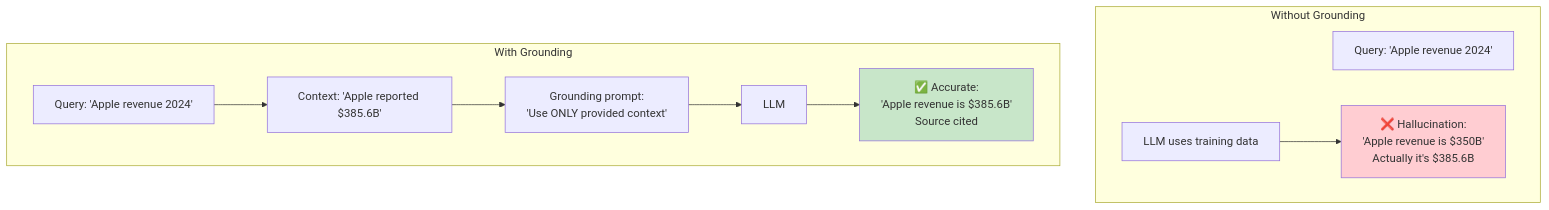
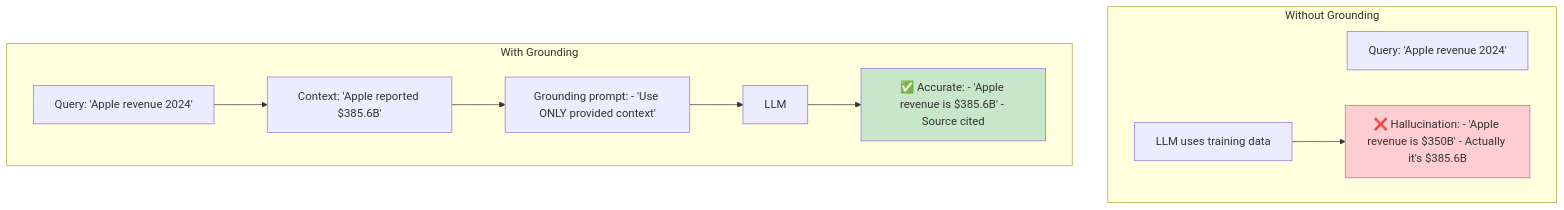
One commit to indhra/llm_rag_sec_findings changed the third of 6 diagrams in docs/learning/06-prompt-engineering.md. Above: the diagram before and after it, drawn with Mermaid. The commit also changed other lines of this file and 9 other files, not shown here.

````diff
--- a/docs/learning/06-prompt-engineering.md
+++ b/docs/learning/06-prompt-engineering.md
@@ -162,21 +162,21 @@
 ```mermaid
 graph TB
     subgraph "Without Grounding"
         Q1[Query: 'Apple revenue 2024']
         L1[LLM uses training data]
-        L1 --> H[❌ Hallucination:<br/>'Apple revenue is $350B'<br/>Actually it's $385.6B]
+        L1 --> H[❌ Hallucination: - 'Apple revenue is $350B' - Actually it's $385.6B]
     end
     
     subgraph "With Grounding"
         Q2[Query: 'Apple revenue 2024']
         C[Context: 'Apple reported $385.6B']
-        G[Grounding prompt:<br/>'Use ONLY provided context']
+        G[Grounding prompt: - 'Use ONLY provided context']
         Q2 --> C
         C --> G
         G --> L2[LLM]
-        L2 --> A[✅ Accurate:<br/>'Apple revenue is $385.6B'<br/>Source cited]
+        L2 --> A[✅ Accurate: - 'Apple revenue is $385.6B' - Source cited]
     end
     
     style H fill:#ffcdd2
     style A fill:#c8e6c9
 ```
````
